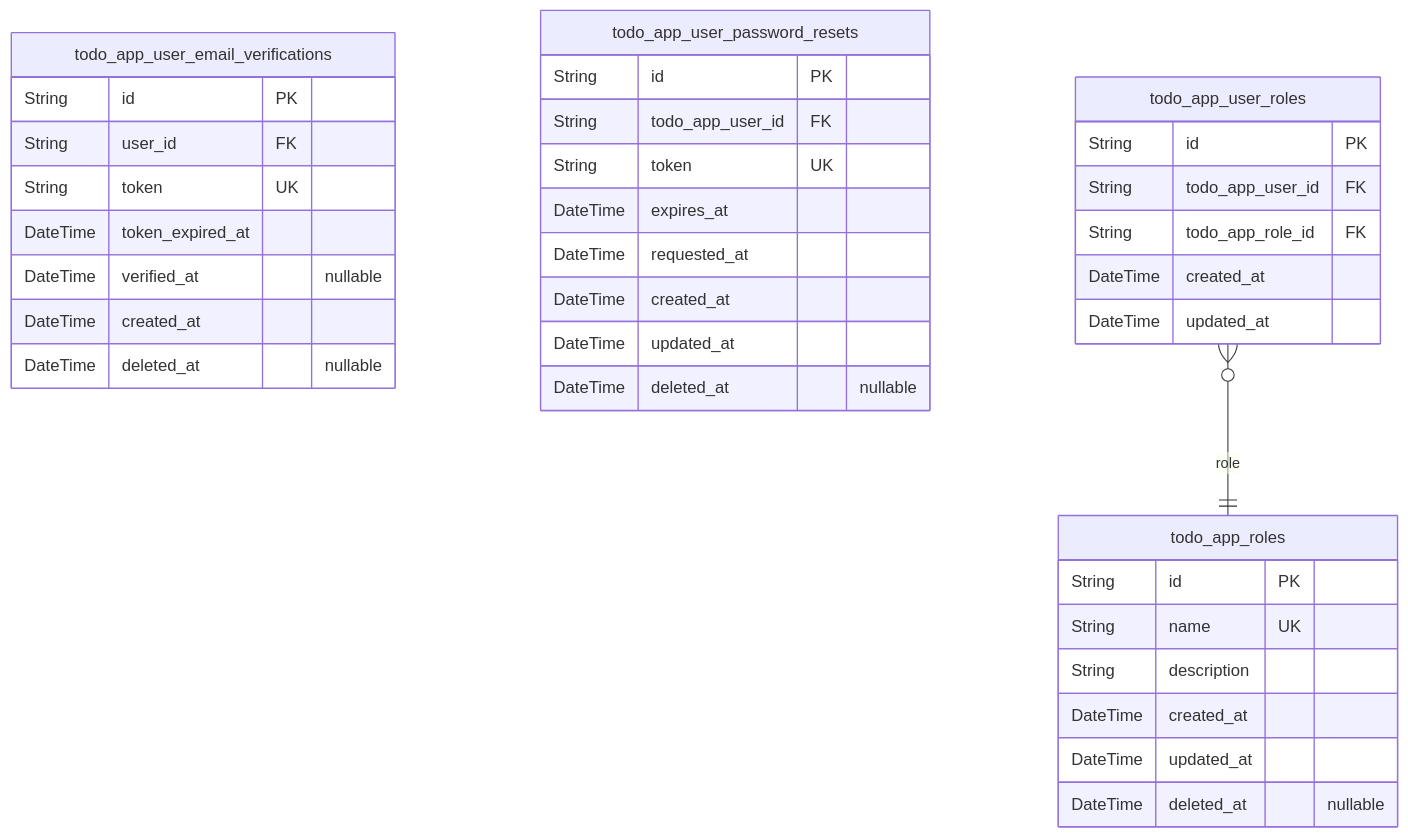
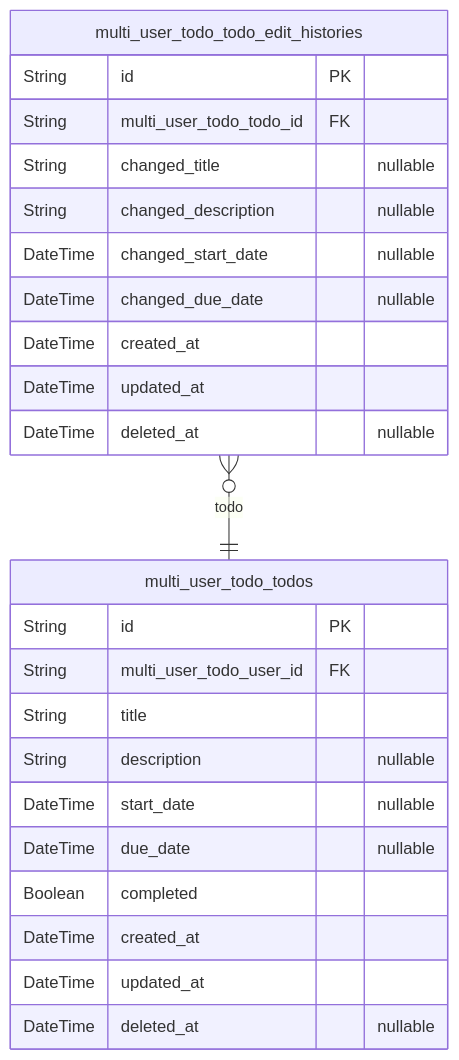
One commit to wrtnlabs/autobe-examples changed the second of 2 diagrams in openai/gpt-4.1-mini/todo/docs/ERD.md. Above: the diagram before and after it, drawn with Mermaid. The commit also changed other lines of this file and 23872 other files, not shown here.

````diff
--- a/openai/gpt-4.1-mini/todo/docs/ERD.md
+++ b/openai/gpt-4.1-mini/todo/docs/ERD.md
@@ -260,38 +131,27 @@
 ```mermaid
 erDiagram
-"todo_app_user_email_verifications" {
+"multi_user_todo_todos" {
   String id PK
-  String user_id FK
-  String token UK
-  DateTime token_expired_at
-  DateTime verified_at "nullable"
-  DateTime created_at
-  DateTime deleted_at "nullable"
-}
-"todo_app_user_password_resets" {
-  String id PK
-  String todo_app_user_id FK
-  String token UK
-  DateTime expires_at
-  DateTime requested_at
+  String multi_user_todo_user_id FK
+  String title
+  String description "nullable"
+  DateTime start_date "nullable"
+  DateTime due_date "nullable"
+  Boolean completed
   DateTime created_at
   DateTime updated_at
   DateTime deleted_at "nullable"
 }
-"todo_app_roles" {
+"multi_user_todo_todo_edit_histories" {
   String id PK
-  String name UK
-  String description
+  String multi_user_todo_todo_id FK
+  String changed_title "nullable"
+  String changed_description "nullable"
+  DateTime changed_start_date "nullable"
+  DateTime changed_due_date "nullable"
   DateTime created_at
   DateTime updated_at
   DateTime deleted_at "nullable"
 }
-"todo_app_user_roles" {
-  String id PK
-  String todo_app_user_id FK
-  String todo_app_role_id FK
-  DateTime created_at
-  DateTime updated_at
-}
-"todo_app_user_roles" }o--|| "todo_app_roles" : role
+"multi_user_todo_todo_edit_histories" }o--|| "multi_user_todo_todos" : todo
 ```
````
